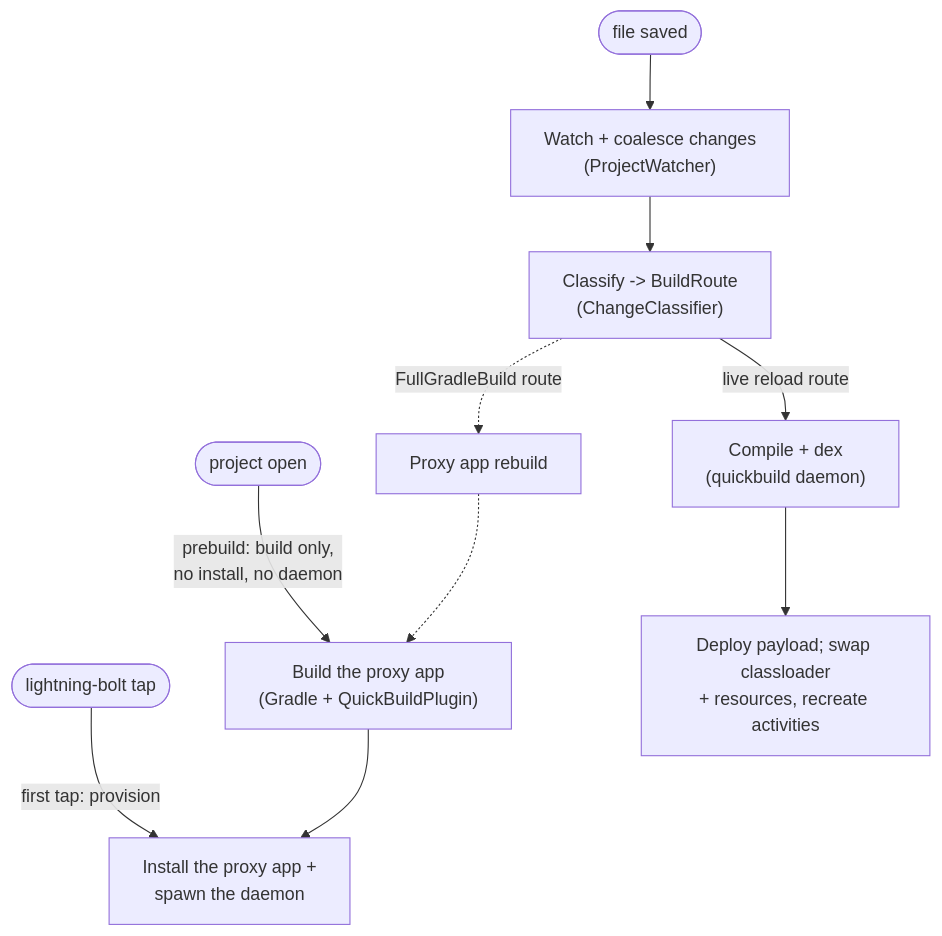
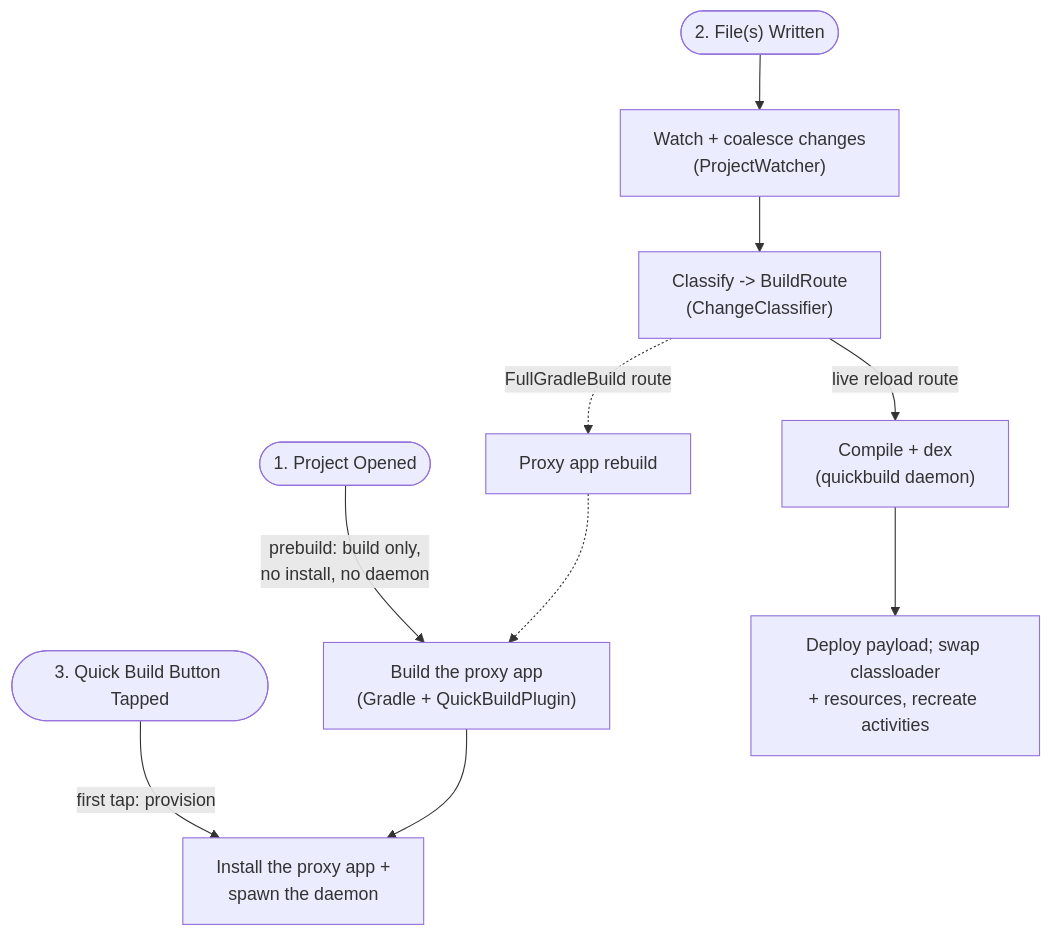
Before and after one commit to appdevforall/CodeOnTheGo: the diagram in quickbuild/README.md, drawn with Mermaid. The commit also changed other lines of this file and 16 other files, not shown here.

First line of the commit message:
ADFA-4128: rework the Quick Build README after review

````diff
--- a/quickbuild/README.md
+++ b/quickbuild/README.md
@@ -33,12 +56,12 @@
 ```mermaid
 flowchart TB
-    tOpen(["project open"]) -- "prebuild: build only,<br/>no install, no daemon" --> build["Build the proxy app<br/>(Gradle + QuickBuildPlugin)"]
-    tTap(["lightning-bolt tap"]) -- "first tap: provision" --> install["Install the proxy app +<br/>spawn the daemon"]
+    tOpen(["1. Project Opened"]) -- "prebuild: build only,<br/>no install, no daemon" --> build["Build the proxy app<br/>(Gradle + QuickBuildPlugin)"]
+    tTap(["3. Quick Build Button Tapped"]) -- "first tap: provision" --> install["Install the proxy app +<br/>spawn the daemon"]
     build --> install
-    tFile(["file saved"]) --> watch["Watch + coalesce changes<br/>(ProjectWatcher)"]
+    tFile(["2. File(s) Written"]) --> watch["Watch + coalesce changes<br/>(ProjectWatcher)"]
     watch --> classify["Classify -> BuildRoute<br/>(ChangeClassifier)"]
     classify -- "live reload route" --> daemon["Compile + dex<br/>(quickbuild daemon)"]
     daemon --> deploy["Deploy payload; swap classloader<br/>+ resources, recreate activities"]
     classify -. "FullGradleBuild route" .-> rebuild["Proxy app rebuild"]
     rebuild -.-> build
 ```
````
